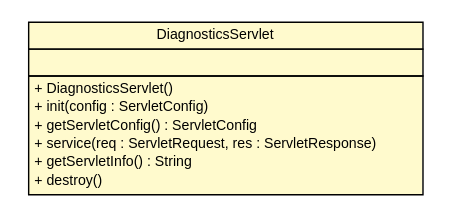
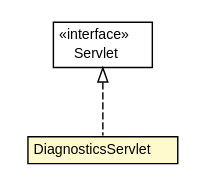
The diagram in brmo-init-util/apidocs/nl/b3p/brmo/service/util/DiagnosticsServlet.dot (B3Partners/brmo), drawn with Graphviz before and after one commit. The commit also changed 49 other files, not shown here.

```diff
--- a/brmo-init-util/apidocs/nl/b3p/brmo/service/util/DiagnosticsServlet.dot
+++ b/brmo-init-util/apidocs/nl/b3p/brmo/service/util/DiagnosticsServlet.dot
@@ -1,29 +1,27 @@
 #!/usr/local/bin/dot
 #
 # Class diagram 
 # Generated by UMLGraph version R5_6-24-gf6e263 (http://www.umlgraph.org/)
 #
 
 digraph G {
 	edge [fontname="Helvetica",fontsize=10,labelfontname="Helvetica",labelfontsize=10];
 	node [fontname="Helvetica",fontsize=10,shape=plaintext];
 	nodesep=0.25;
 	ranksep=0.5;
 	// nl.b3p.brmo.service.util.DiagnosticsServlet
-	c12 [label=<<table title="nl.b3p.brmo.service.util.DiagnosticsServlet" border="0" cellborder="1" cellspacing="0" cellpadding="2" port="p" bgcolor="lemonChiffon" href="./DiagnosticsServlet.html">
+	c13 [label=<<table title="nl.b3p.brmo.service.util.DiagnosticsServlet" border="0" cellborder="1" cellspacing="0" cellpadding="2" port="p" bgcolor="lemonChiffon" href="./DiagnosticsServlet.html">
 		<tr><td><table border="0" cellspacing="0" cellpadding="1">
 <tr><td align="center" balign="center"> DiagnosticsServlet </td></tr>
 		</table></td></tr>
+		</table>>, URL="./DiagnosticsServlet.html", fontname="Helvetica", fontcolor="black", fontsize=10.0];
+	//nl.b3p.brmo.service.util.DiagnosticsServlet implements javax.servlet.Servlet
+	c14:p -> c13:p [dir=back,arrowtail=empty,style=dashed];
+	// javax.servlet.Servlet
+	c14 [label=<<table title="javax.servlet.Servlet" border="0" cellborder="1" cellspacing="0" cellpadding="2" port="p">
 		<tr><td><table border="0" cellspacing="0" cellpadding="1">
-<tr><td align="left" balign="left">  </td></tr>
+<tr><td align="center" balign="center"> &#171;interface&#187; </td></tr>
+<tr><td align="center" balign="center"> Servlet </td></tr>
 		</table></td></tr>
-		<tr><td><table border="0" cellspacing="0" cellpadding="1">
-<tr><td align="left" balign="left"> + DiagnosticsServlet() </td></tr>
-<tr><td align="left" balign="left"> + init(config : ServletConfig) </td></tr>
-<tr><td align="left" balign="left"> + getServletConfig() : ServletConfig </td></tr>
-<tr><td align="left" balign="left"> + service(req : ServletRequest, res : ServletResponse) </td></tr>
-<tr><td align="left" balign="left"> + getServletInfo() : String </td></tr>
-<tr><td align="left" balign="left"> + destroy() </td></tr>
-		</table></td></tr>
-		</table>>, URL="./DiagnosticsServlet.html", fontname="Helvetica", fontcolor="black", fontsize=10.0];
+		</table>>, URL="null", fontname="Helvetica", fontcolor="black", fontsize=10.0];
 }
```
